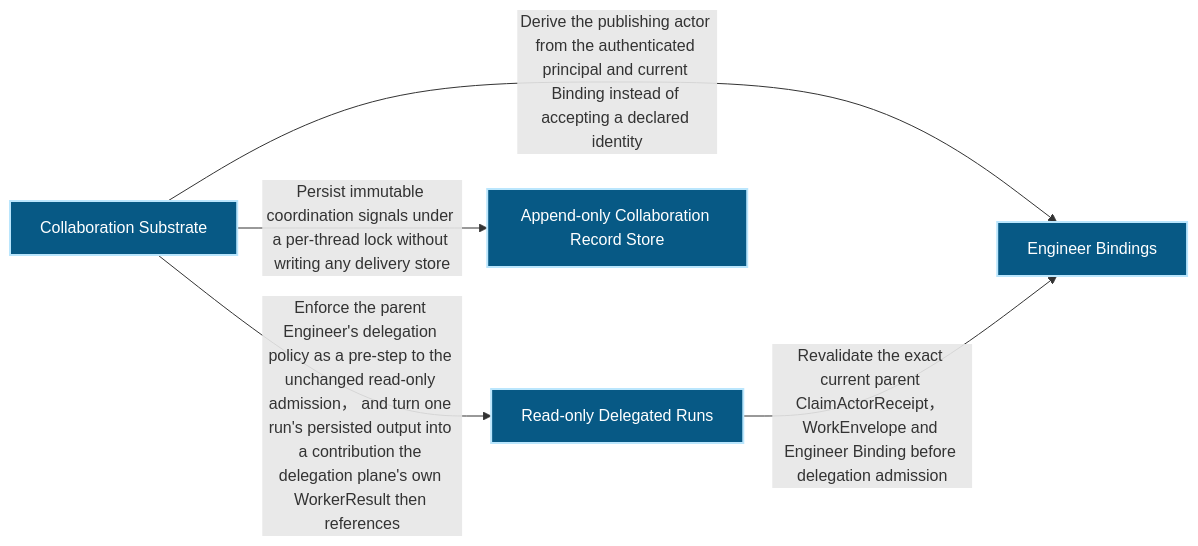
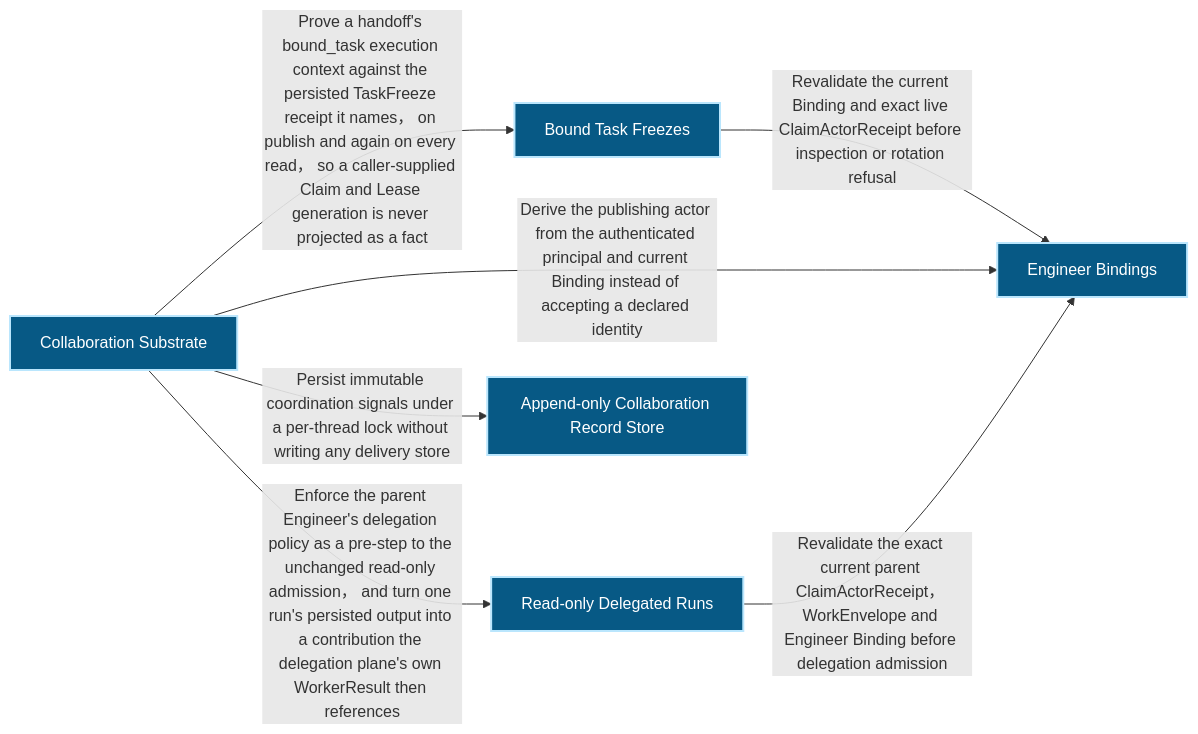
The first of 5 diagrams in docs/architecture/modules/runtime-harness/collaboration.md (Ancienttwo/repo-harness), drawn with Mermaid before and after one commit. The commit also changed other lines of this file and 29 other files, not shown here.

Commit message:
feat(collaboration): collaborative work exchange and context delivery (#228)

````diff
--- a/docs/architecture/modules/runtime-harness/collaboration.md
+++ b/docs/architecture/modules/runtime-harness/collaboration.md
@@ -16,15 +16,18 @@
 ```mermaid
 flowchart LR
+  p1_capability_runtime_harness_bound_task_freezes_b47bdee4["Bound Task Freezes"]:::component
   p1_capability_runtime_harness_collaboration_5265febf["Collaboration Substrate"]:::component
   p1_capability_runtime_harness_delegated_runs_e1654b07["Read-only Delegated Runs"]:::component
   p1_capability_runtime_harness_engineer_bindings_34c00f72["Engineer Bindings"]:::component
   p1_component_collaboration_primary_9383ae07["Append-only Collaboration Record Store"]:::component
+  p1_capability_runtime_harness_bound_task_freezes_b47bdee4 -->|"Revalidate the current Binding and exact live ClaimActorReceipt before inspection or rotation refusal"| p1_capability_runtime_harness_engineer_bindings_34c00f72
+  p1_capability_runtime_harness_collaboration_5265febf -->|"Prove a handoff's bound_task execution context against the persisted TaskFreeze receipt it names， on publish and again on every read， so a caller-supplied Claim and Lease generation is never projected as a fact"| p1_capability_runtime_harness_bound_task_freezes_b47bdee4
   p1_capability_runtime_harness_collaboration_5265febf -->|"Enforce the parent Engineer's delegation policy as a pre-step to the unchanged read-only admission， and turn one run's persisted output into a contribution the delegation plane's own WorkerResult then references"| p1_capability_runtime_harness_delegated_runs_e1654b07
   p1_capability_runtime_harness_collaboration_5265febf -->|"Derive the publishing actor from the authenticated principal and current Binding instead of accepting a declared identity"| p1_capability_runtime_harness_engineer_bindings_34c00f72
   p1_capability_runtime_harness_collaboration_5265febf -->|"Persist immutable coordination signals under a per-thread lock without writing any delivery store"| p1_component_collaboration_primary_9383ae07
   p1_capability_runtime_harness_delegated_runs_e1654b07 -->|"Revalidate the exact current parent ClaimActorReceipt， WorkEnvelope and Engineer Binding before delegation admission"| p1_capability_runtime_harness_engineer_bindings_34c00f72
   classDef actor fill:#111827,color:#ffffff,stroke:#f9fafb,stroke-width:2px
   classDef component fill:#075985,color:#ffffff,stroke:#bae6fd,stroke-width:2px
   classDef datastore fill:#3f6212,color:#ffffff,stroke:#d9f99d,stroke-width:2px
   classDef external fill:#7c2d12,color:#ffffff,stroke:#fed7aa,stroke-width:2px
 ```
````
